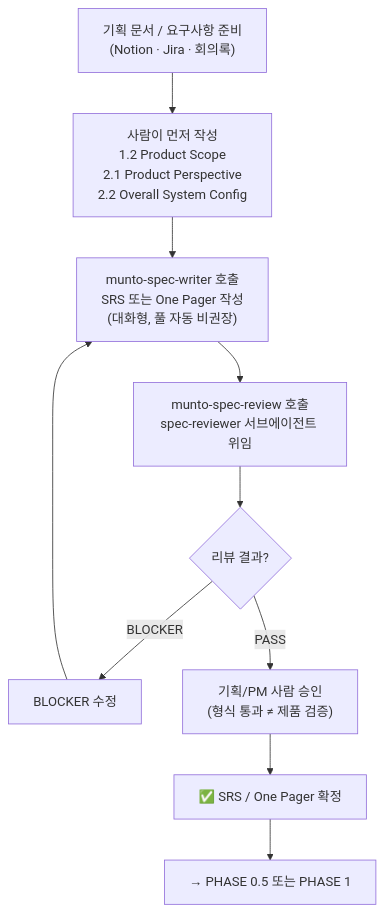
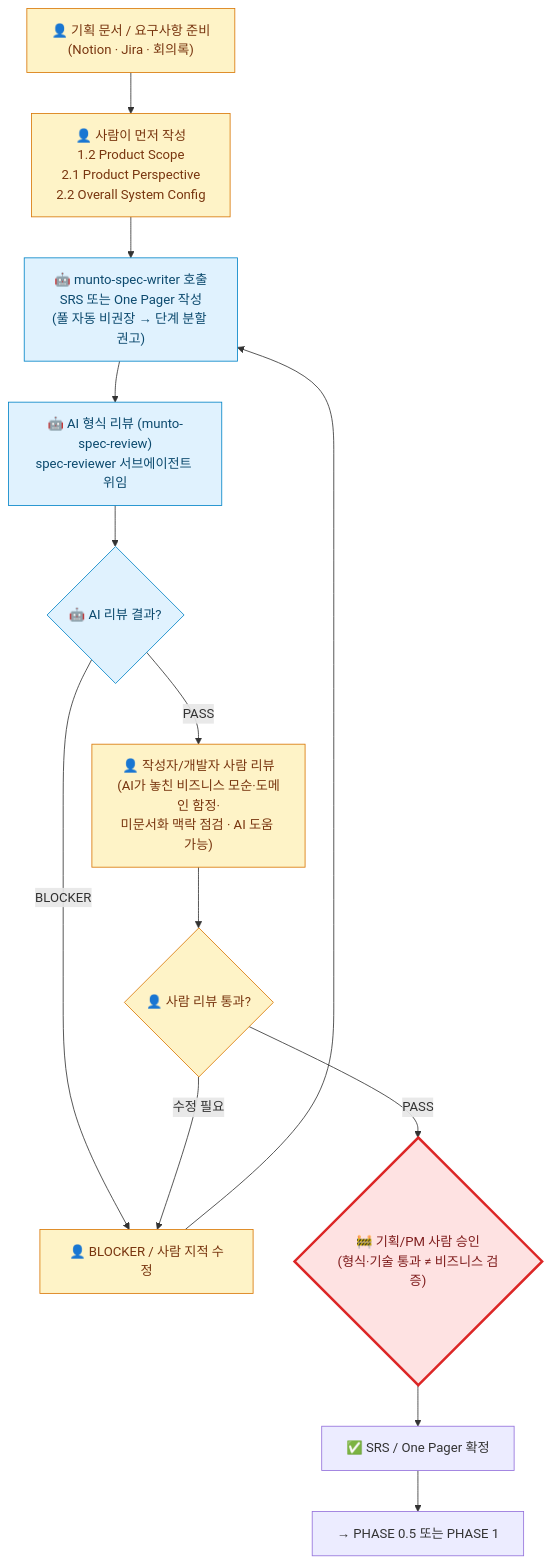
One commit to gracegyu/munto-dev-assistant-report changed the third of 7 diagrams in reports/2026-05-harness-TO-BE.md. Above: the diagram before and after it, drawn with Mermaid. The commit also changed other lines of this file and 1 other file, not shown here.

````diff
--- a/reports/2026-05-harness-TO-BE.md
+++ b/reports/2026-05-harness-TO-BE.md
@@ -123,16 +155,25 @@
 ```mermaid
 flowchart TD
-    A0["기획 문서 / 요구사항 준비\n(Notion · Jira · 회의록)"]
-    A1["사람이 먼저 작성\n1.2 Product Scope\n2.1 Product Perspective\n2.2 Overall System Config"]
-    A2["munto-spec-writer 호출\nSRS 또는 One Pager 작성\n(대화형, 풀 자동 비권장)"]
-    A3["munto-spec-review 호출\nspec-reviewer 서브에이전트 위임"]
-    A4{"리뷰 결과?"}
-    A5["BLOCKER 수정"]
-    A6["기획/PM 사람 승인\n(형식 통과 ≠ 제품 검증)"]
+    A0["👤 기획 문서 / 요구사항 준비<br/>(Notion · Jira · 회의록)"]:::human
+    A1["👤 사람이 먼저 작성<br/>1.2 Product Scope<br/>2.1 Product Perspective<br/>2.2 Overall System Config"]:::human
+    A2["🤖 munto-spec-writer 호출<br/>SRS 또는 One Pager 작성<br/>(풀 자동 비권장 → 단계 분할 권고)"]:::ai
+    A3["🤖 AI 형식 리뷰 (munto-spec-review)<br/>spec-reviewer 서브에이전트 위임"]:::ai
+    A4{"🤖 AI 리뷰 결과?"}:::ai
+    A4b["👤 작성자/개발자 사람 리뷰<br/>(AI가 놓친 비즈니스 모순·도메인 함정·<br/>미문서화 맥락 점검 · AI 도움 가능)"]:::human
+    A4c{"👤 사람 리뷰 통과?"}:::human
+    A5["👤 BLOCKER / 사람 지적 수정"]:::human
+    A6{"🚧 기획/PM 사람 승인<br/>(형식·기술 통과 ≠ 비즈니스 검증)"}:::gate
     A7["✅ SRS / One Pager 확정"]
 
     A0 --> A1 --> A2 --> A3 --> A4
     A4 -- "BLOCKER" --> A5 --> A2
-    A4 -- "PASS" --> A6 --> A7
+    A4 -- "PASS" --> A4b --> A4c
+    A4c -- "수정 필요" --> A5
+    A4c -- "PASS" --> A6 --> A7
     A7 --> P05["→ PHASE 0.5 또는 PHASE 1"]
+
+    classDef ai fill:#e0f2fe,stroke:#0284c7,color:#0c4a6e
+    classDef human fill:#fef3c7,stroke:#d97706,color:#78350f
+    classDef collab fill:#f3e8ff,stroke:#9333ea,color:#581c87
+    classDef gate fill:#fee2e2,stroke:#dc2626,color:#7f1d1d,stroke-width:3px
 ```
````
